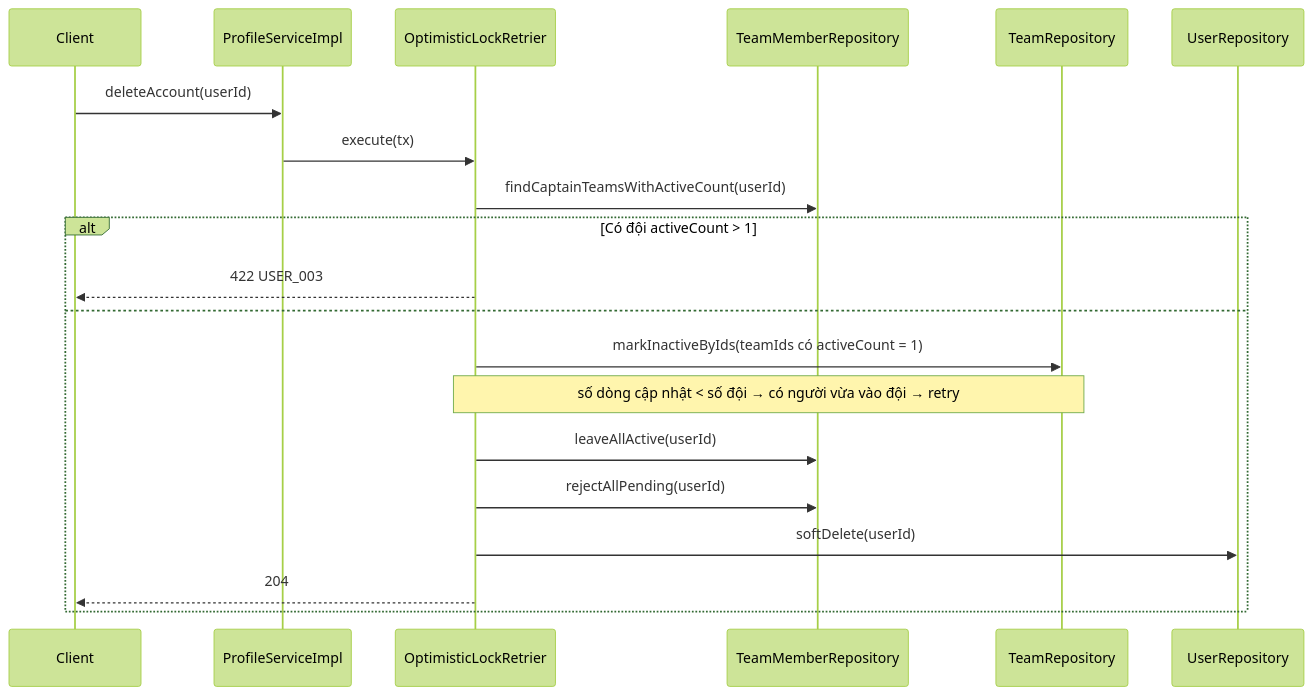
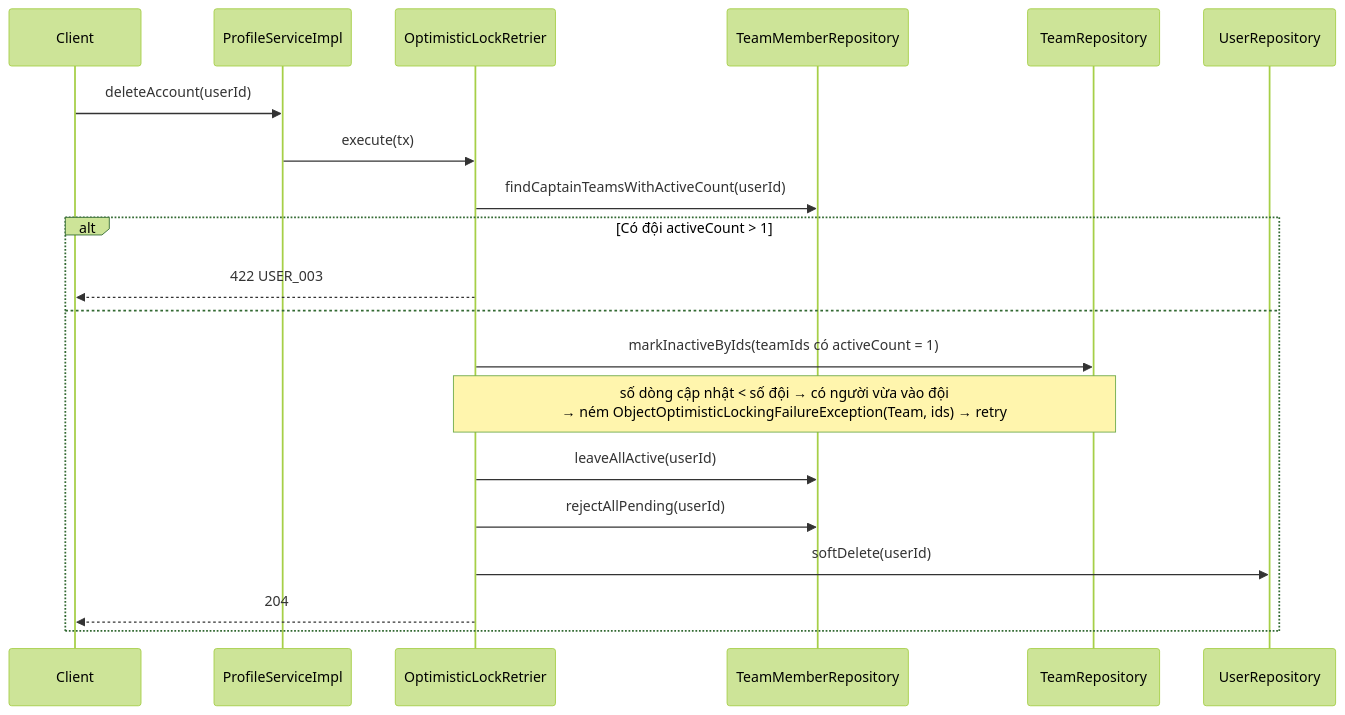
The second of 3 diagrams in docs/agent/design/USER-001/Processing_Flow.md (phananh2005/ArenaFlow-be), drawn with Mermaid (forest theme) before and after one commit. The commit also changed other lines of this file and 4 other files, not shown here.

````diff
--- a/docs/agent/design/USER-001/Processing_Flow.md
+++ b/docs/agent/design/USER-001/Processing_Flow.md
@@ -55,23 +69,23 @@
 ```mermaid
 sequenceDiagram
     participant C as Client
     participant PS as ProfileServiceImpl
     participant RT as OptimisticLockRetrier
     participant TMR as TeamMemberRepository
     participant TR as TeamRepository
     participant UR as UserRepository
 
     C->>PS: deleteAccount(userId)
     PS->>RT: execute(tx)
     RT->>TMR: findCaptainTeamsWithActiveCount(userId)
     alt Có đội activeCount > 1
         RT-->>C: 422 USER_003
     else
         RT->>TR: markInactiveByIds(teamIds có activeCount = 1)
-        Note over RT,TR: số dòng cập nhật < số đội → có người vừa vào đội → retry
+        Note over RT,TR: số dòng cập nhật < số đội → có người vừa vào đội<br/>→ ném ObjectOptimisticLockingFailureException(Team, ids) → retry
         RT->>TMR: leaveAllActive(userId)
         RT->>TMR: rejectAllPending(userId)
         RT->>UR: softDelete(userId)
         RT-->>C: 204
     end
 ```
````
